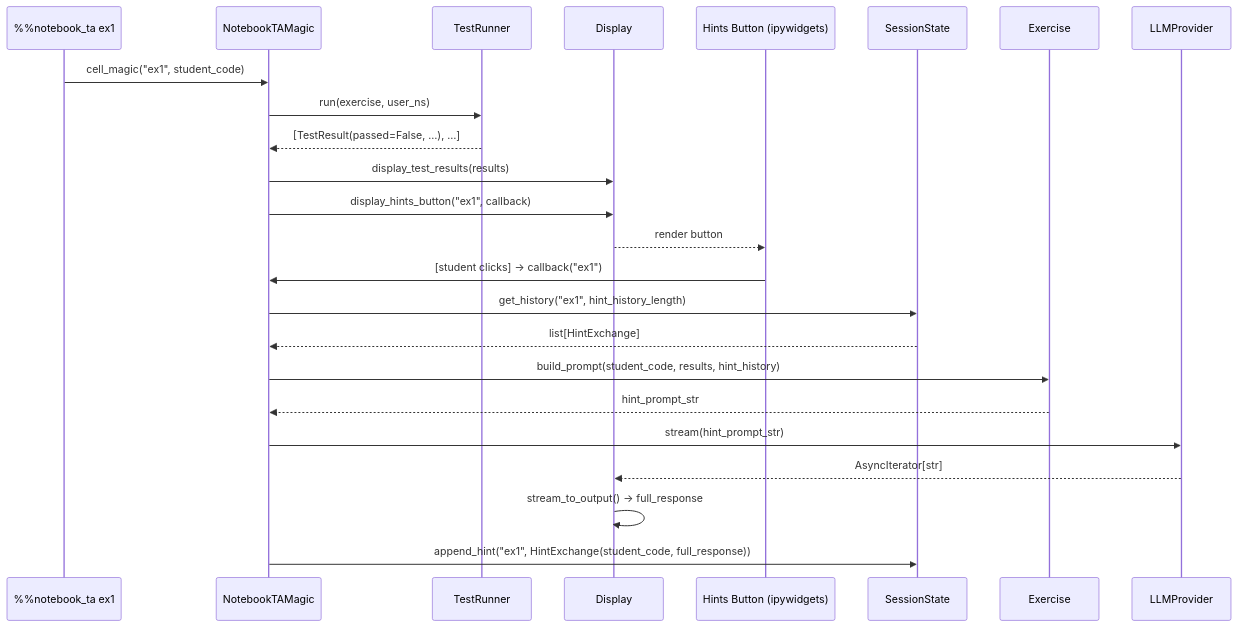
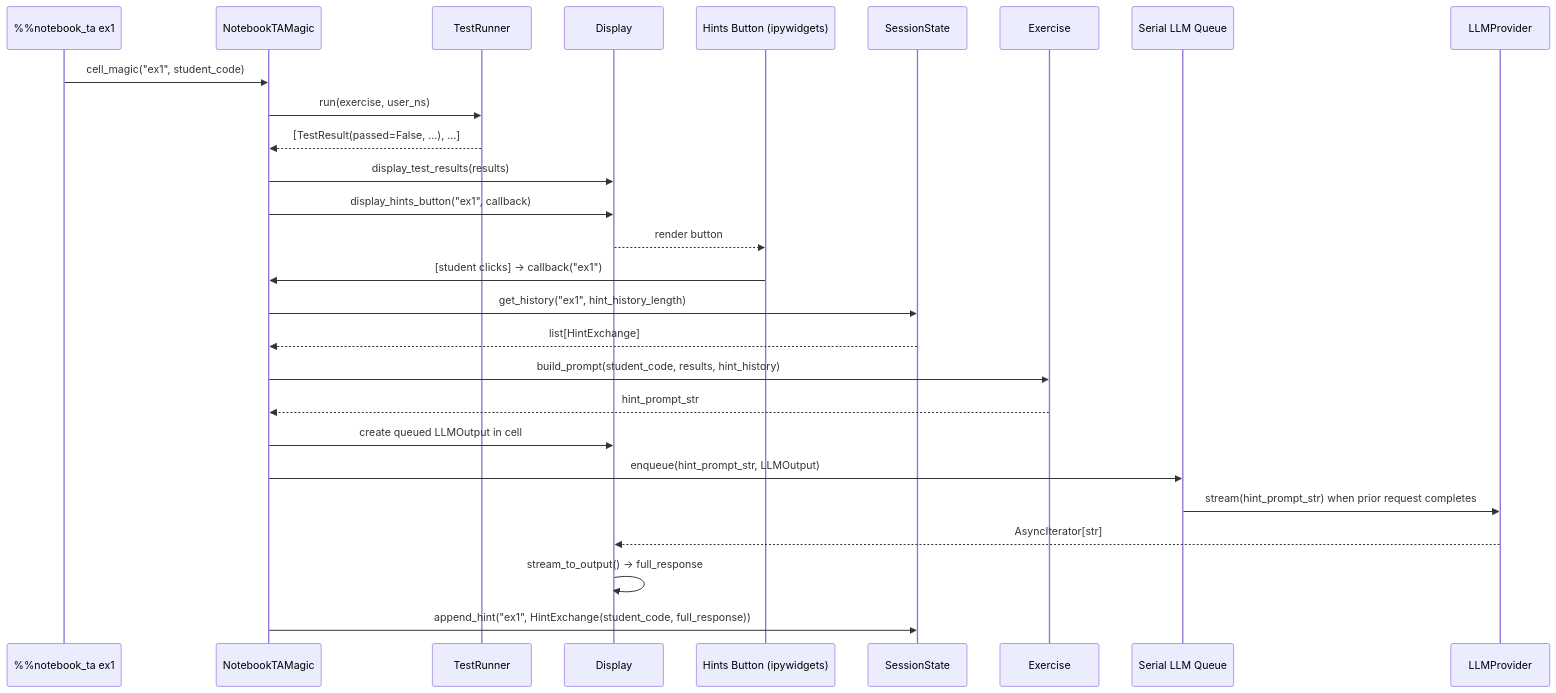
One commit to PerretB/notebook-ta changed the third of 3 diagrams in spec/Architecture.md. Above: the diagram before and after it, drawn with Mermaid. The commit also changed other lines of this file and 14 other files, not shown here.

Commit message:
Add LLM request queue and cancel buttons

````diff
--- a/spec/Architecture.md
+++ b/spec/Architecture.md
@@ -789,28 +849,31 @@
 ```mermaid
 sequenceDiagram
     participant CELL as %%notebook_ta ex1
     participant MAG as NotebookTAMagic
     participant TR as TestRunner
     participant DISP as Display
     participant BTN as Hints Button (ipywidgets)
     participant SS as SessionState
     participant EX as Exercise
+    participant Q as Serial LLM Queue
     participant LLM as LLMProvider
 
     CELL->>MAG: cell_magic("ex1", student_code)
     MAG->>TR: run(exercise, user_ns)
     TR-->>MAG: [TestResult(passed=False, …), …]
     MAG->>DISP: display_test_results(results)
     MAG->>DISP: display_hints_button("ex1", callback)
     DISP-->>BTN: render button
 
     BTN->>MAG: [student clicks] → callback("ex1")
     MAG->>SS: get_history("ex1", hint_history_length)
     SS-->>MAG: list[HintExchange]
     MAG->>EX: build_prompt(student_code, results, hint_history)
     EX-->>MAG: hint_prompt_str
-    MAG->>LLM: stream(hint_prompt_str)
+    MAG->>DISP: create queued LLMOutput in cell
+    MAG->>Q: enqueue(hint_prompt_str, LLMOutput)
+    Q->>LLM: stream(hint_prompt_str) when prior request completes
     LLM-->>DISP: AsyncIterator[str]
     DISP->>DISP: stream_to_output() → full_response
     MAG->>SS: append_hint("ex1", HintExchange(student_code, full_response))
 ```
````
